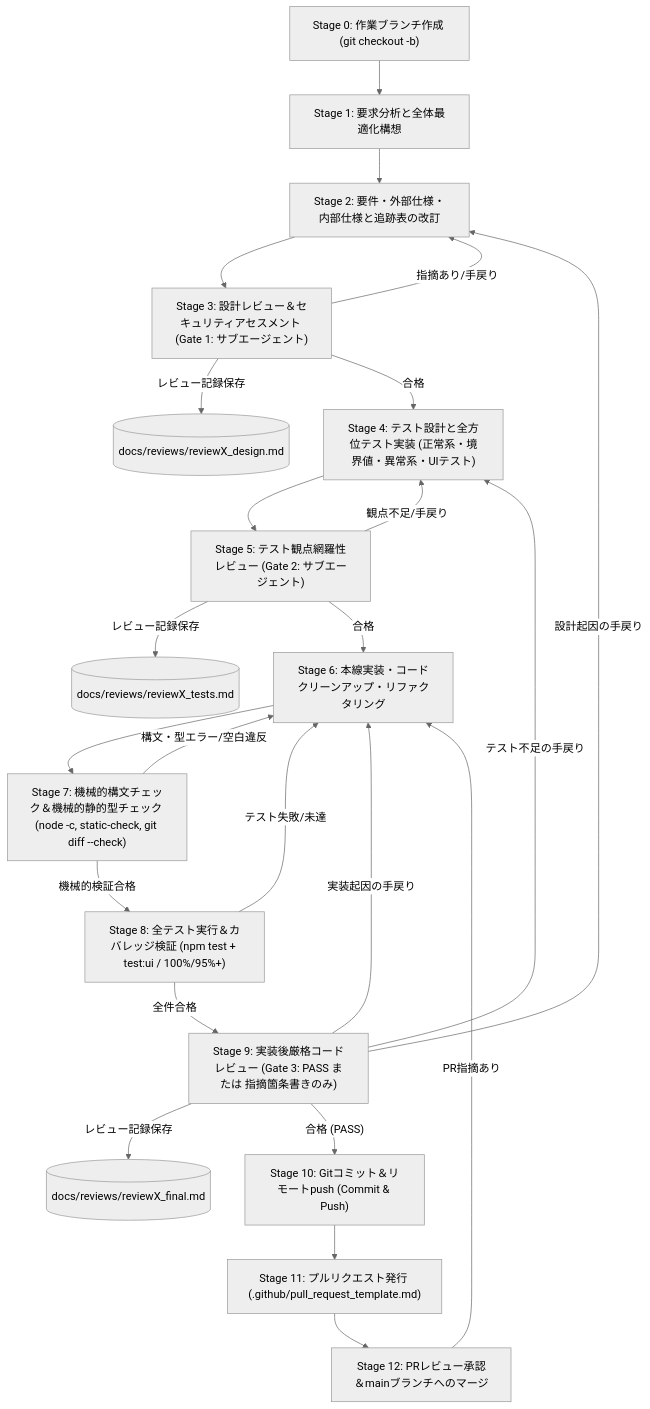
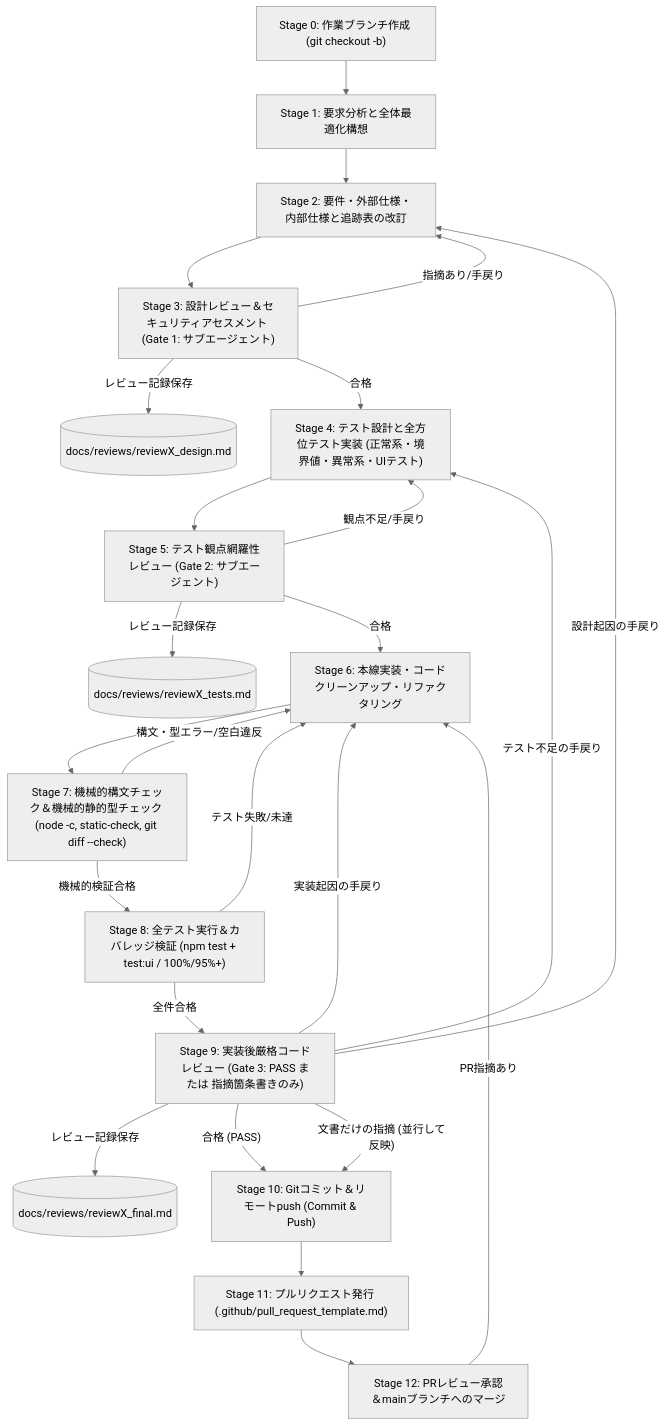
The first of 2 diagrams in docs/development_process.md (tekuteku-life/kogaidocs), drawn with Mermaid (neutral theme) before and after one commit. The commit also changed other lines of this file, not shown here.

````diff
--- a/docs/development_process.md
+++ b/docs/development_process.md
@@ -44,26 +44,27 @@
 ```mermaid
 flowchart TD
 	S0["Stage 0: 作業ブランチ作成 (git checkout -b)"] --> S1["Stage 1: 要求分析と全体最適化構想"]
 	S1 --> S2["Stage 2: 要件・外部仕様・内部仕様と追跡表の改訂"]
 	S2 --> S3["Stage 3: 設計レビュー＆セキュリティアセスメント (Gate 1: サブエージェント)"]
 	S3 -->|レビュー記録保存| D1[("docs/reviews/reviewX_design.md")]
 	S3 -- "指摘あり/手戻り" --> S2
 	S3 -- "合格" --> S4["Stage 4: テスト設計と全方位テスト実装 (正常系・境界値・異常系・UIテスト)"]
 	S4 --> S5["Stage 5: テスト観点網羅性レビュー (Gate 2: サブエージェント)"]
 	S5 -->|レビュー記録保存| D2[("docs/reviews/reviewX_tests.md")]
 	S5 -- "観点不足/手戻り" --> S4
 	S5 -- "合格" --> S6["Stage 6: 本線実装・コードクリーンアップ・リファクタリング"]
 	S6 --> S7["Stage 7: 機械的構文チェック＆機械的静的型チェック (node -c, static-check, git diff --check)"]
 	S7 -- "構文・型エラー/空白違反" --> S6
 	S7 -- "機械的検証合格" --> S8["Stage 8: 全テスト実行＆カバレッジ検証 (npm test + test:ui / 100%/95%+)"]
 	S8 -- "テスト失敗/未達" --> S6
 	S8 -- "全件合格" --> S9["Stage 9: 実装後厳格コードレビュー (Gate 3: PASS または 指摘箇条書きのみ)"]
 	S9 -->|レビュー記録保存| D3[("docs/reviews/reviewX_final.md")]
 	S9 -- "設計起因の手戻り" --> S2
 	S9 -- "テスト不足の手戻り" --> S4
 	S9 -- "実装起因の手戻り" --> S6
 	S9 -- "合格 (PASS)" --> S10["Stage 10: Gitコミット＆リモートpush (Commit & Push)"]
+	S9 -- "文書だけの指摘 (並行して反映)" --> S10
 	S10 --> S11["Stage 11: プルリクエスト発行 (.github/pull_request_template.md)"]
 	S11 --> S12["Stage 12: PRレビュー承認＆mainブランチへのマージ"]
 	S12 -- "PR指摘あり" --> S6
 ```
````
